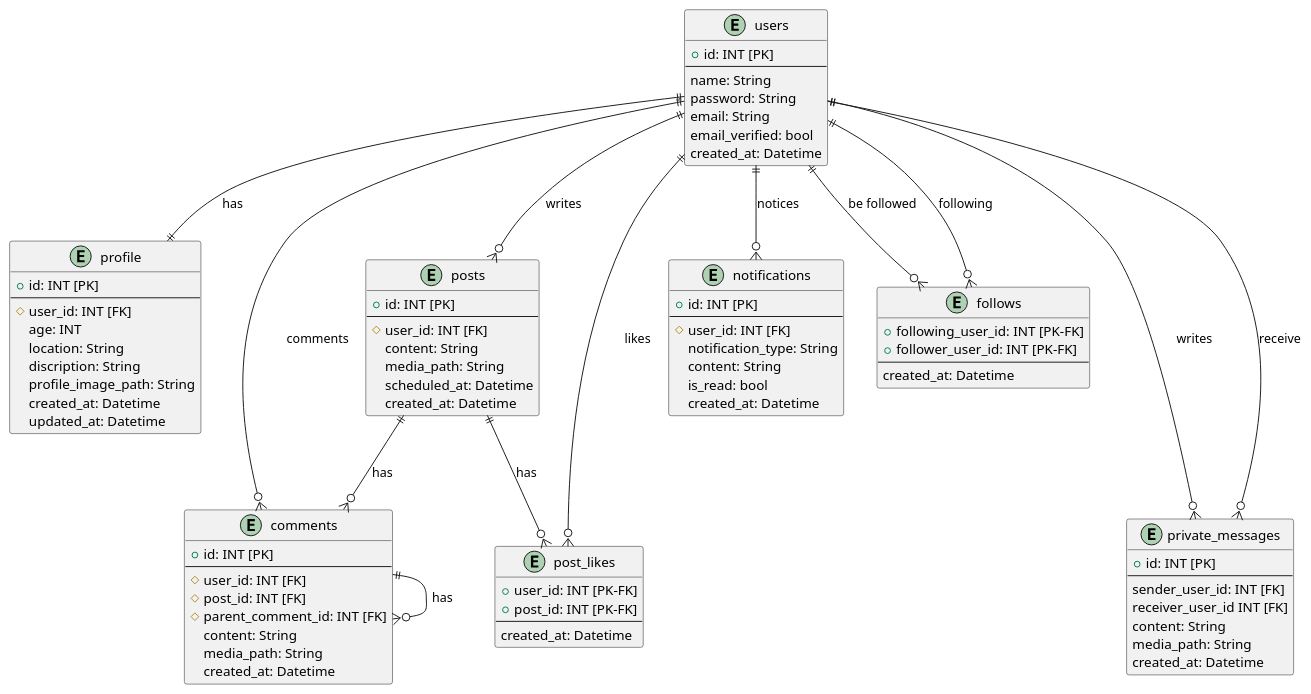
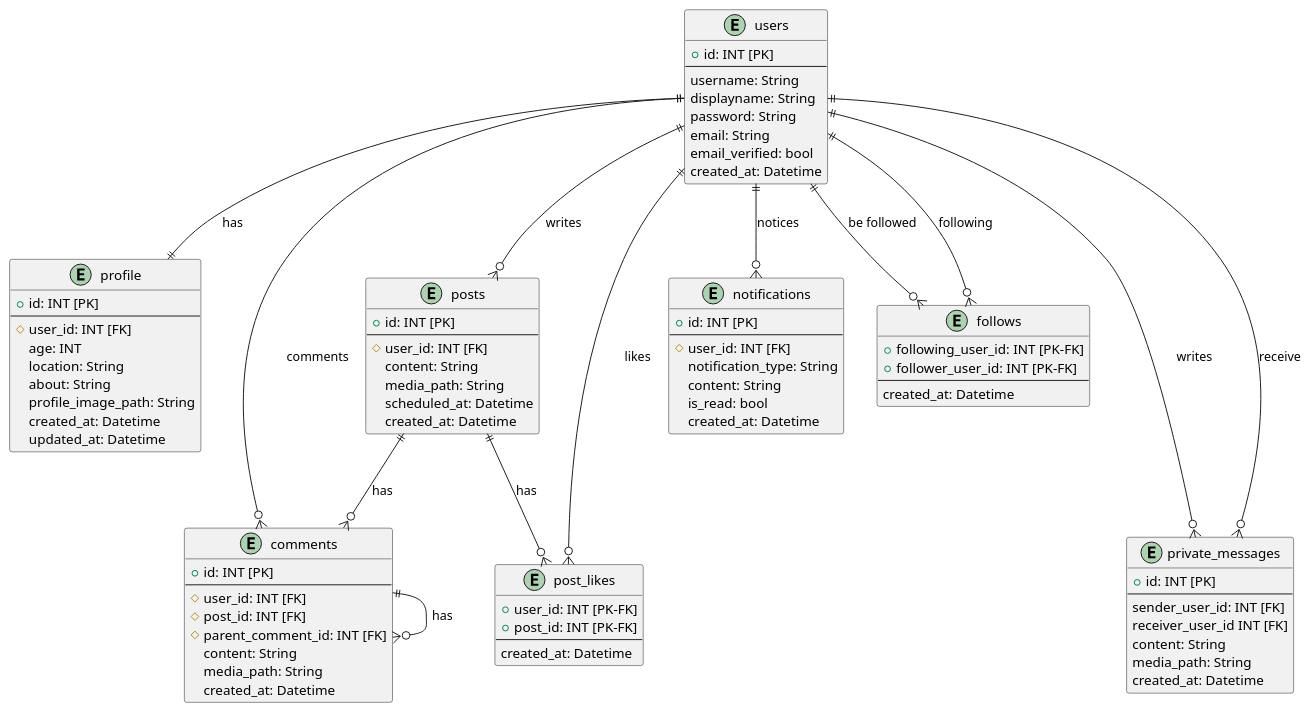
The diagram in diagrams/er/er.pu (AkinoJoey/SocialNetworkingService), drawn with PlantUML before and after one commit.

Commit message:
users,profileテーブルを修正

```diff
--- a/diagrams/er/er.pu
+++ b/diagrams/er/er.pu
@@ -1,94 +1,95 @@
 @startuml er
 
 Entity users{
     + id: INT [PK]
     --
-    name: String
+    username: String
+    displayname: String
     password: String
     email: String
     email_verified: bool
     created_at: Datetime
 }
 
 Entity profile{
     + id: INT [PK]
     --
     # user_id: INT [FK]
     age: INT
     location: String
-    discription: String
+    about: String
     profile_image_path: String
     created_at: Datetime
     updated_at: Datetime
 }
 
 Entity posts{
     + id: INT [PK]
     --
     # user_id: INT [FK]
     content: String
     media_path: String
     scheduled_at: Datetime
     created_at: Datetime
 }
 
 Entity comments{
     + id: INT [PK]
     --
     # user_id: INT [FK]
     # post_id: INT [FK]
     # parent_comment_id: INT [FK]
     content: String
     media_path: String
     created_at: Datetime
 }
 
 Entity post_likes{
     + user_id: INT [PK-FK]
     + post_id: INT [PK-FK]
     --
     created_at: Datetime
 }
 
 Entity notifications{
     + id: INT [PK]
     --
     # user_id: INT [FK]
     notification_type: String
     content: String
     is_read: bool
     created_at: Datetime
 }
 
 Entity follows{
     + following_user_id: INT [PK-FK]
     + follower_user_id: INT [PK-FK]
     --
     created_at: Datetime
 }
 
 Entity private_messages{
     + id: INT [PK]
     --
     sender_user_id: INT [FK]
     receiver_user_id INT [FK]
     content: String
     media_path: String
     created_at: Datetime
 }
 
 
 users ||--o{ posts: writes
 users ||--o{ comments: comments
 posts ||--o{ comments: has
 posts ||--o{ post_likes: has
 comments ||--o{ comments: has
 users ||--o{ follows: following
 users ||--o{ follows: be followed
 users ||---o{ private_messages: writes
 users ||---o{ private_messages: receive
 users ||--o{ notifications: notices
 users ||--o{ post_likes: likes
 users ||--|| profile: has
 
 @enduml
```
